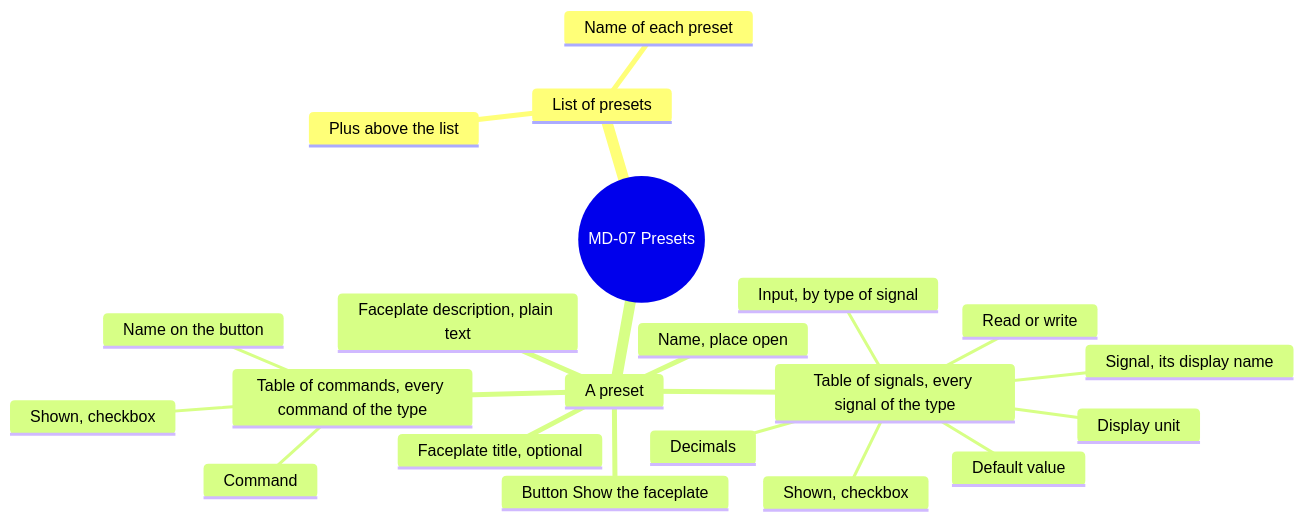
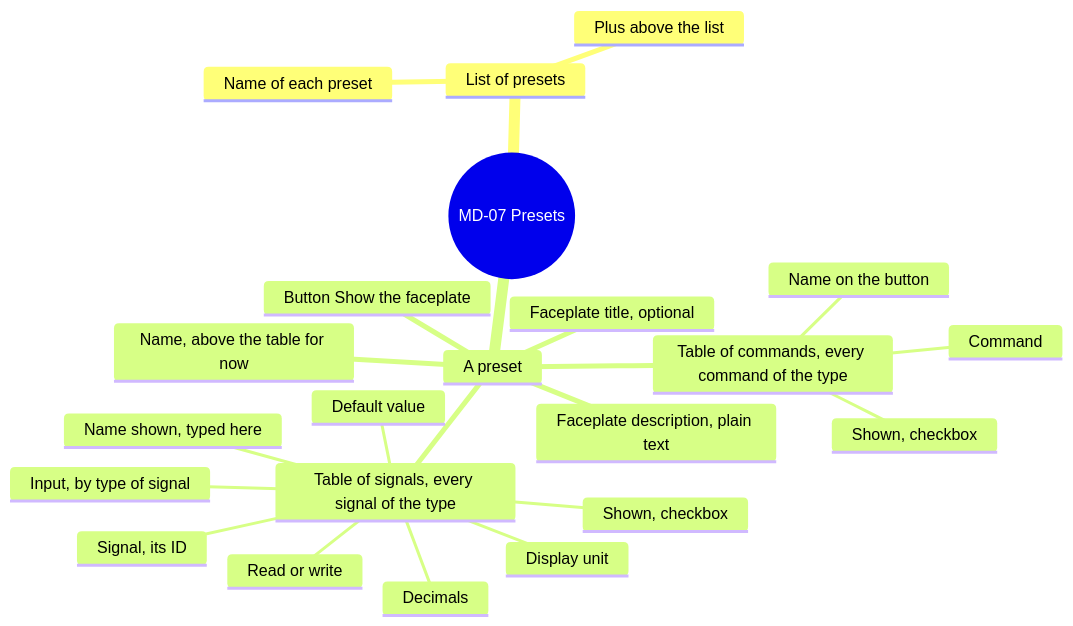
Before and after one commit to AlexandreGallais/synoptic-studio-spec: the tenth of 14 diagrams in screens/metadata.md, drawn with Mermaid. The commit also changed other lines of this file and 11 other files, not shown here.

````diff
--- a/screens/metadata.md
+++ b/screens/metadata.md
@@ -276,24 +278,25 @@
 ```mermaid
 mindmap
   root((MD-07 Presets))
     List of presets
       Plus above the list
       Name of each preset
     A preset
-      Name, place open
+      Name, above the table for now
       Faceplate title, optional
       Faceplate description, plain text
       Button Show the faceplate
       Table of signals, every signal of the type
         Shown, checkbox
-        Signal, its display name
+        Signal, its ID
+        Name shown, typed here
         Input, by type of signal
         Read or write
         Display unit
         Decimals
         Default value
       Table of commands, every command of the type
         Shown, checkbox
         Command
         Name on the button
 ```
````
